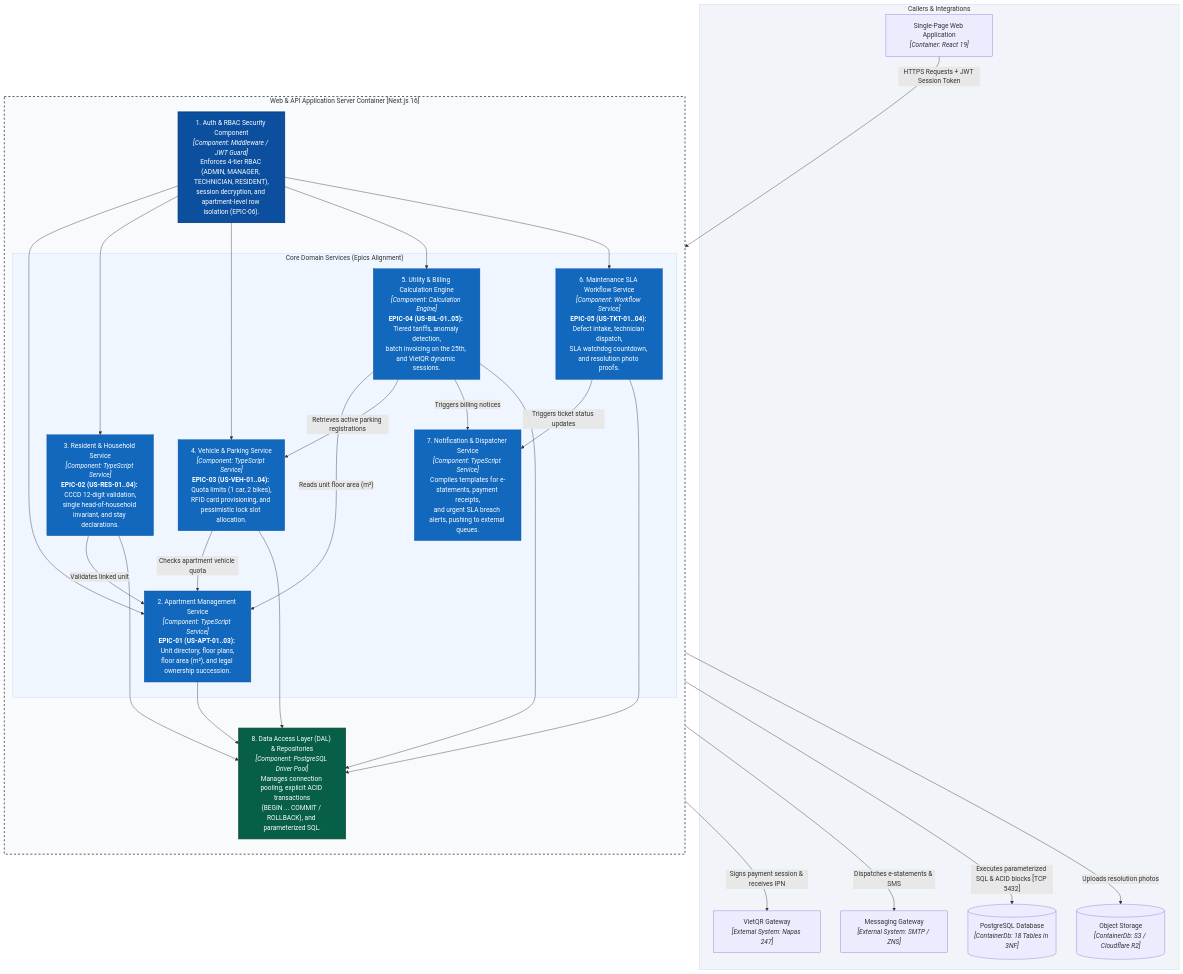
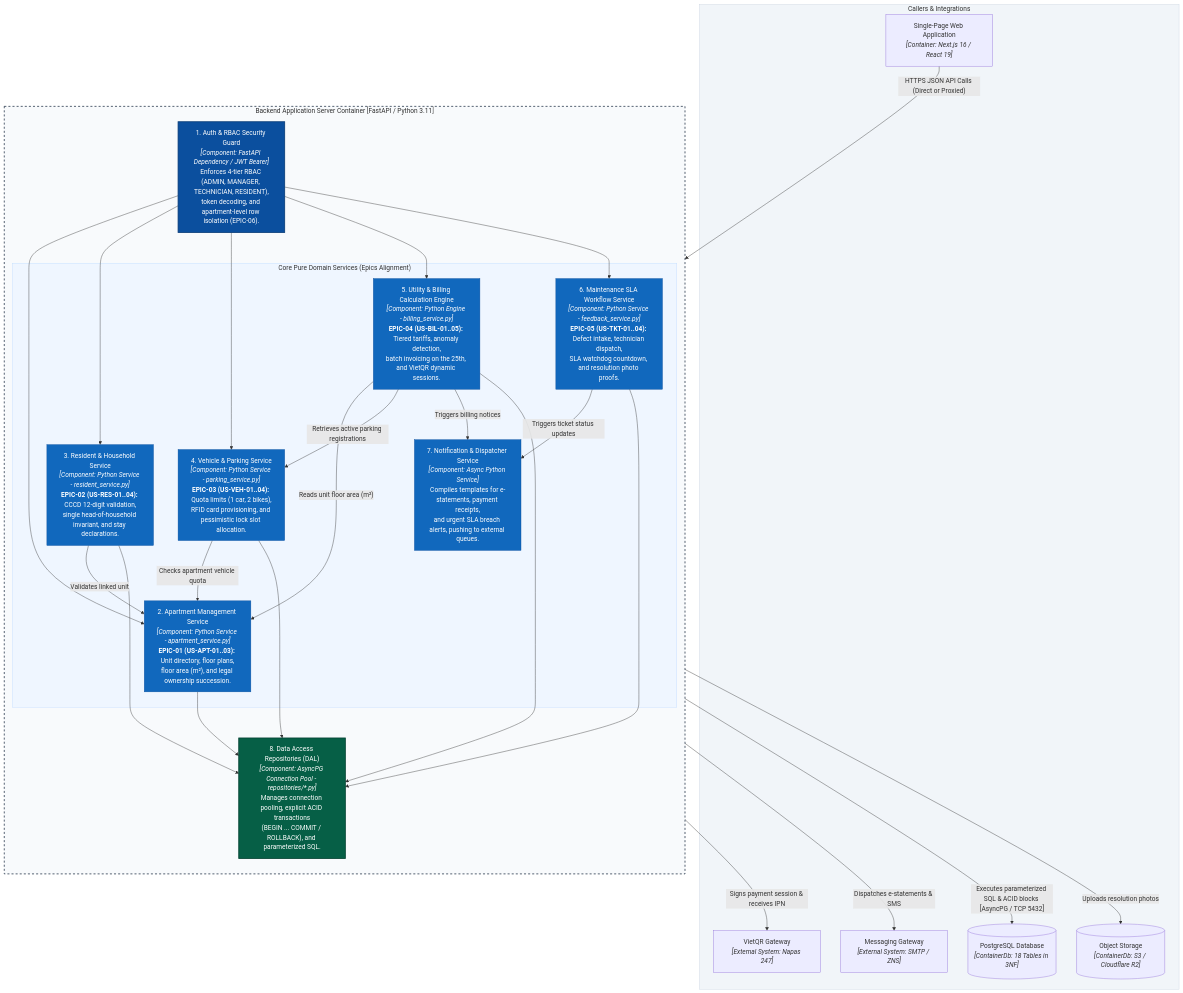
Before and after one commit to QuanAnh280605/NguyenAnhQuan-Household-Management: the fourth of 10 diagrams in docs/ARCHITECTURE_C4.md, drawn with Mermaid. The commit also changed other lines of this file and 7 other files, not shown here.

Commit message:
docs: synchronize architecture specifications, dual-mode ingress diagrams, and ADR-0009 index

````diff
--- a/docs/ARCHITECTURE_C4.md
+++ b/docs/ARCHITECTURE_C4.md
@@ -249,55 +249,55 @@
 ```mermaid
 flowchart TB
     subgraph callers["Callers & Integrations"]
-        spa["Single-Page Web Application<br/><i>[Container: React 19]</i>"]
+        spa["Single-Page Web Application<br/><i>[Container: Next.js 16 / React 19]</i>"]
         vietqr["VietQR Gateway<br/><i>[External System: Napas 247]</i>"]
         mail["Messaging Gateway<br/><i>[External System: SMTP / ZNS]</i>"]
         db[("PostgreSQL Database<br/><i>[ContainerDb: 18 Tables in 3NF]</i>")]
         storage[("Object Storage<br/><i>[ContainerDb: S3 / Cloudflare R2]</i>")]
     end
 
-    subgraph api["Web & API Application Server Container [Next.js 16]"]
+    subgraph api["Backend Application Server Container [FastAPI / Python 3.11]"]
         direction TB
-        auth["1. Auth & RBAC Security Component<br/><i>[Component: Middleware / JWT Guard]</i><br/>Enforces 4-tier RBAC (ADMIN, MANAGER, TECHNICIAN, RESIDENT),<br/>session decryption, and apartment-level row isolation (EPIC-06)."]
+        auth["1. Auth & RBAC Security Guard<br/><i>[Component: FastAPI Dependency / JWT Bearer]</i><br/>Enforces 4-tier RBAC (ADMIN, MANAGER, TECHNICIAN, RESIDENT),<br/>token decoding, and apartment-level row isolation (EPIC-06)."]
         
-        subgraph domain_services["Core Domain Services (Epics Alignment)"]
-            apt["2. Apartment Management Service<br/><i>[Component: TypeScript Service]</i><br/><b>EPIC-01 (US-APT-01..03):</b> Unit directory, floor plans,<br/>floor area (m²), and legal ownership succession."]
-            res["3. Resident & Household Service<br/><i>[Component: TypeScript Service]</i><br/><b>EPIC-02 (US-RES-01..04):</b> CCCD 12-digit validation,<br/>single head-of-household invariant, and stay declarations."]
-            park["4. Vehicle & Parking Service<br/><i>[Component: TypeScript Service]</i><br/><b>EPIC-03 (US-VEH-01..04):</b> Quota limits (1 car, 2 bikes),<br/>RFID card provisioning, and pessimistic lock slot allocation."]
-            bill["5. Utility & Billing Calculation Engine<br/><i>[Component: Calculation Engine]</i><br/><b>EPIC-04 (US-BIL-01..05):</b> Tiered tariffs, anomaly detection,<br/>batch invoicing on the 25th, and VietQR dynamic sessions."]
-            ticket["6. Maintenance SLA Workflow Service<br/><i>[Component: Workflow Service]</i><br/><b>EPIC-05 (US-TKT-01..04):</b> Defect intake, technician dispatch,<br/>SLA watchdog countdown, and resolution photo proofs."]
-            notif["7. Notification & Dispatcher Service<br/><i>[Component: TypeScript Service]</i><br/>Compiles templates for e-statements, payment receipts,<br/>and urgent SLA breach alerts, pushing to external queues."]
+        subgraph domain_services["Core Pure Domain Services (Epics Alignment)"]
+            apt["2. Apartment Management Service<br/><i>[Component: Python Service - apartment_service.py]</i><br/><b>EPIC-01 (US-APT-01..03):</b> Unit directory, floor plans,<br/>floor area (m²), and legal ownership succession."]
+            res["3. Resident & Household Service<br/><i>[Component: Python Service - resident_service.py]</i><br/><b>EPIC-02 (US-RES-01..04):</b> CCCD 12-digit validation,<br/>single head-of-household invariant, and stay declarations."]
+            park["4. Vehicle & Parking Service<br/><i>[Component: Python Service - parking_service.py]</i><br/><b>EPIC-03 (US-VEH-01..04):</b> Quota limits (1 car, 2 bikes),<br/>RFID card provisioning, and pessimistic lock slot allocation."]
+            bill["5. Utility & Billing Calculation Engine<br/><i>[Component: Python Engine - billing_service.py]</i><br/><b>EPIC-04 (US-BIL-01..05):</b> Tiered tariffs, anomaly detection,<br/>batch invoicing on the 25th, and VietQR dynamic sessions."]
+            ticket["6. Maintenance SLA Workflow Service<br/><i>[Component: Python Service - feedback_service.py]</i><br/><b>EPIC-05 (US-TKT-01..04):</b> Defect intake, technician dispatch,<br/>SLA watchdog countdown, and resolution photo proofs."]
+            notif["7. Notification & Dispatcher Service<br/><i>[Component: Async Python Service]</i><br/>Compiles templates for e-statements, payment receipts,<br/>and urgent SLA breach alerts, pushing to external queues."]
         end
 
-        repo["8. Data Access Layer (DAL) & Repositories<br/><i>[Component: PostgreSQL Driver Pool]</i><br/>Manages connection pooling, explicit ACID transactions<br/>(BEGIN ... COMMIT / ROLLBACK), and parameterized SQL."]
+        repo["8. Data Access Repositories (DAL)<br/><i>[Component: AsyncPG Connection Pool - repositories/*.py]</i><br/>Manages connection pooling, explicit ACID transactions<br/>(BEGIN ... COMMIT / ROLLBACK), and parameterized SQL."]
     end
 
-    spa -- "HTTPS Requests + JWT Session Token" --> auth
+    spa -- "HTTPS JSON API Calls (Direct or Proxied)" --> auth
     auth --> apt & res & park & bill & ticket
 
     res -- "Validates linked unit" --> apt
     park -- "Checks apartment vehicle quota" --> apt
     bill -- "Reads unit floor area (m²)" --> apt
     bill -- "Retrieves active parking registrations" --> park
     bill -- "Triggers billing notices" --> notif
     ticket -- "Triggers ticket status updates" --> notif
 
     apt & res & park & bill & ticket --> repo
-    repo -- "Executes parameterized SQL & ACID blocks [TCP 5432]" --> db
+    repo -- "Executes parameterized SQL & ACID blocks [AsyncPG / TCP 5432]" --> db
 
     bill -- "Signs payment session & receives IPN" --> vietqr
     ticket -- "Uploads resolution photos" --> storage
     notif -- "Dispatches e-statements & SMS" --> mail
 
     style auth fill:#0b4f9e,color:#fff,stroke:#083b77,stroke-width:2px
     style apt fill:#1168bd,color:#fff,stroke:#0b4f9e
     style res fill:#1168bd,color:#fff,stroke:#0b4f9e
     style park fill:#1168bd,color:#fff,stroke:#0b4f9e
     style bill fill:#1168bd,color:#fff,stroke:#0b4f9e
     style ticket fill:#1168bd,color:#fff,stroke:#0b4f9e
     style notif fill:#1168bd,color:#fff,stroke:#0b4f9e
     style repo fill:#065f46,color:#fff,stroke:#044332,stroke-width:2px
     style api fill:#f8fafc,stroke:#334155,stroke-width:2px,stroke-dasharray: 5 5
     style domain_services fill:#eff6ff,stroke:#bfdbfe
     style callers fill:#f1f5f9,stroke:#cbd5e1
 ```
````
